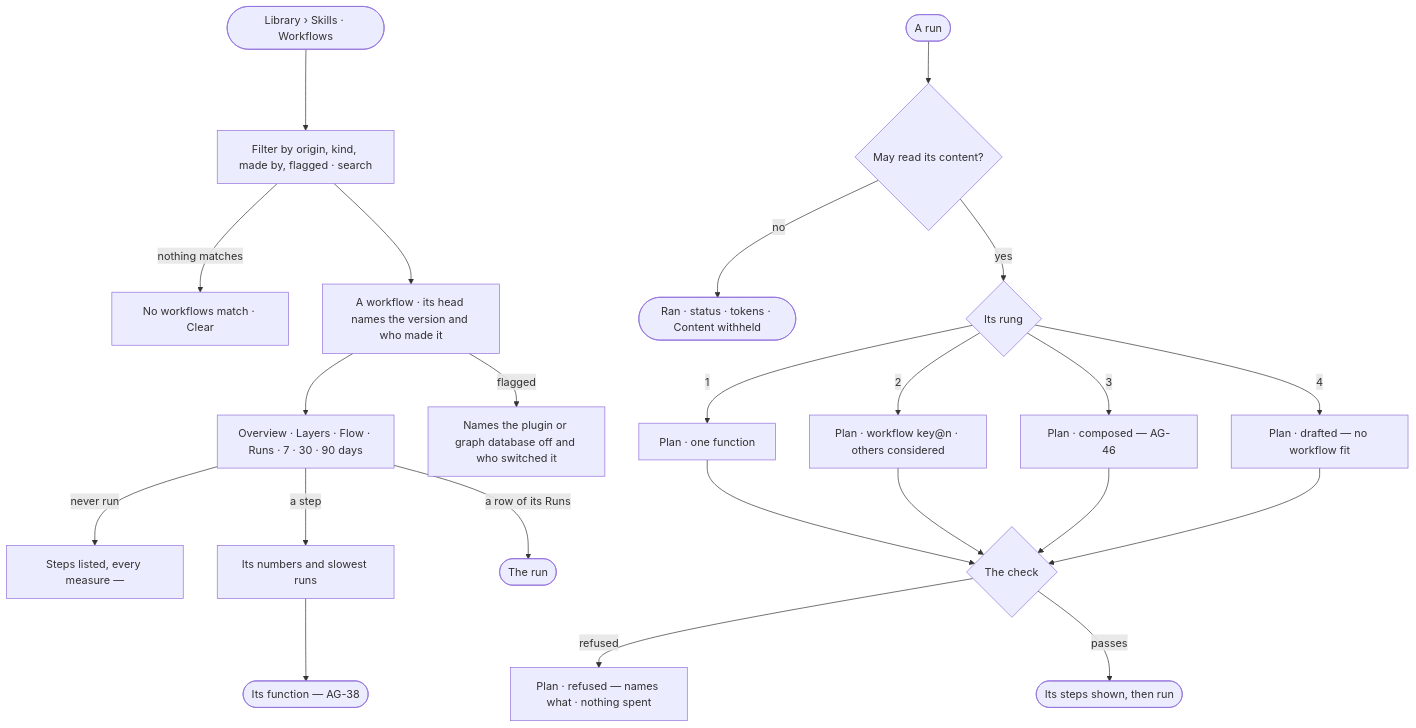
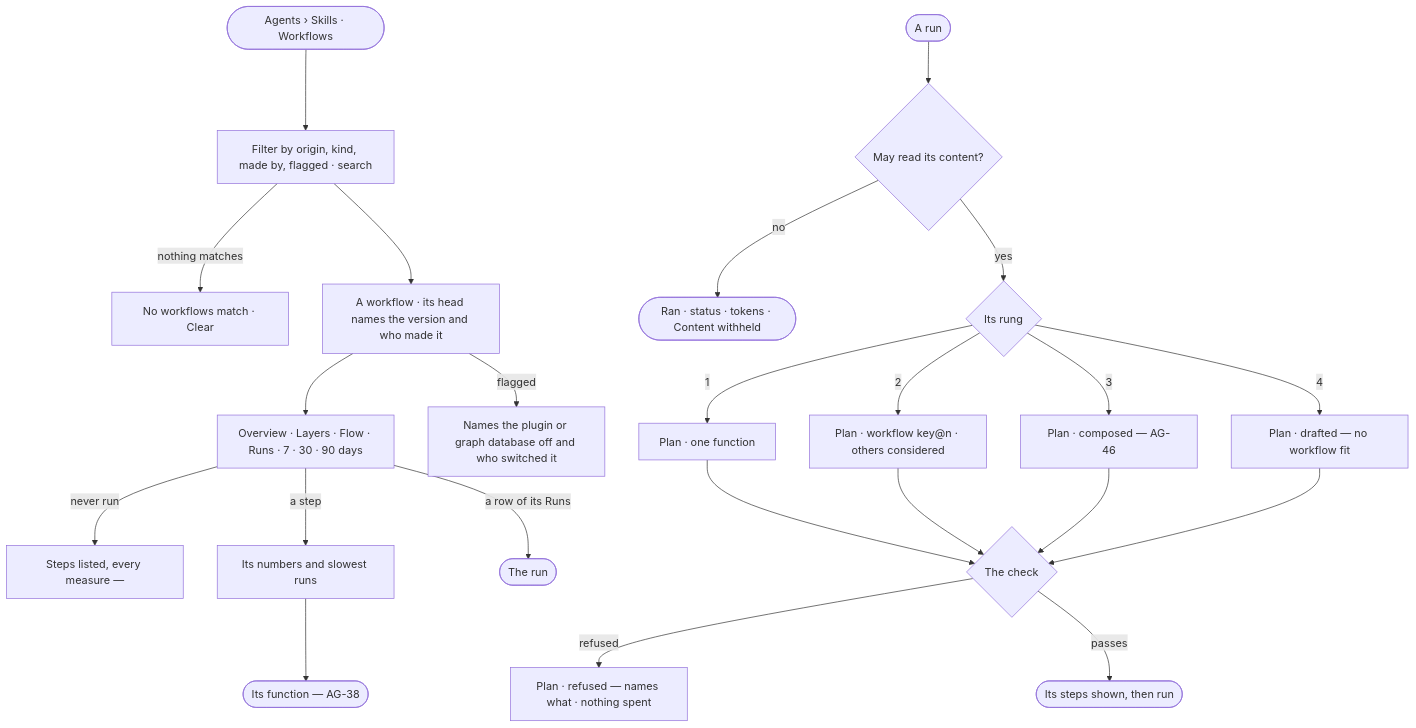
The diagram in specs/capabilities/agents/features/AG-F06-plans-and-workflows/stories/AG-18-find-a-plan-and-read-how-it-behaves/story.md (invana/invana), drawn with Mermaid before and after one commit. The commit also changed other lines of this file and 106 other files, not shown here.

````diff
--- a/specs/capabilities/agents/features/AG-F06-plans-and-workflows/stories/AG-18-find-a-plan-and-read-how-it-behaves/story.md
+++ b/specs/capabilities/agents/features/AG-F06-plans-and-workflows/stories/AG-18-find-a-plan-and-read-how-it-behaves/story.md
@@ -30,24 +30,24 @@
 ```mermaid
 flowchart TD
-  a([Library › Skills · Workflows]) --> f["Filter by origin, kind, made by, flagged · search"]
+  a([Agents › Skills · Workflows]) --> f["Filter by origin, kind, made by, flagged · search"]
   f -->|nothing matches| fx["No workflows match · Clear"]
   f --> p["A workflow · its head names the version and who made it"]
   p --> o["Overview · Layers · Flow · Runs · 7 · 30 · 90 days"]
   o -->|never run| nr["Steps listed, every measure —"]
   o -->|a step| st["Its numbers and slowest runs"] --> fn(["Its function — AG-38"])
   o -->|a row of its Runs| run(["The run"])
   p -->|flagged| fl["Names the plugin or graph database off and who switched it"]
   q([A run]) --> priv{"May read its content?"}
   priv -->|no| wh(["Ran · status · tokens · Content withheld"])
   priv -->|yes| ps{"Its rung"}
   ps -->|1| r1["Plan · one function"]
   ps -->|2| r2["Plan · workflow key@n · others considered"]
   ps -->|3| r3["Plan · composed — AG-46"]
   ps -->|4| r4["Plan · drafted — no workflow fit"]
   r1 --> chk{"The check"}
   r2 --> chk
   r3 --> chk
   r4 --> chk
   chk -->|refused| ref["Plan · refused — names what · nothing spent"]
   chk -->|passes| go(["Its steps shown, then run"])
 ```
````
